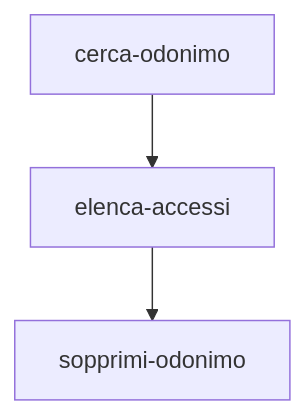
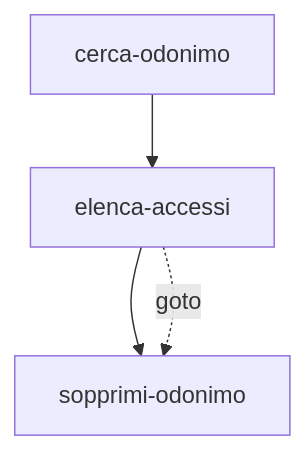
The sixth of 9 diagrams in docs/workflows.md (anncsu-open/anncsu-workflow-api), drawn with Mermaid before and after one commit. The commit also changed other lines of this file and 38 other files, not shown here.

````diff
--- a/docs/workflows.md
+++ b/docs/workflows.md
@@ -162,8 +197,9 @@
 ```mermaid
 graph TD
   cerca_odonimo["cerca-odonimo"]
   elenca_accessi["elenca-accessi"]
   sopprimi_odonimo["sopprimi-odonimo"]
   cerca_odonimo --> elenca_accessi
   elenca_accessi --> sopprimi_odonimo
+  elenca_accessi -. goto .-> sopprimi_odonimo
 ```
````
